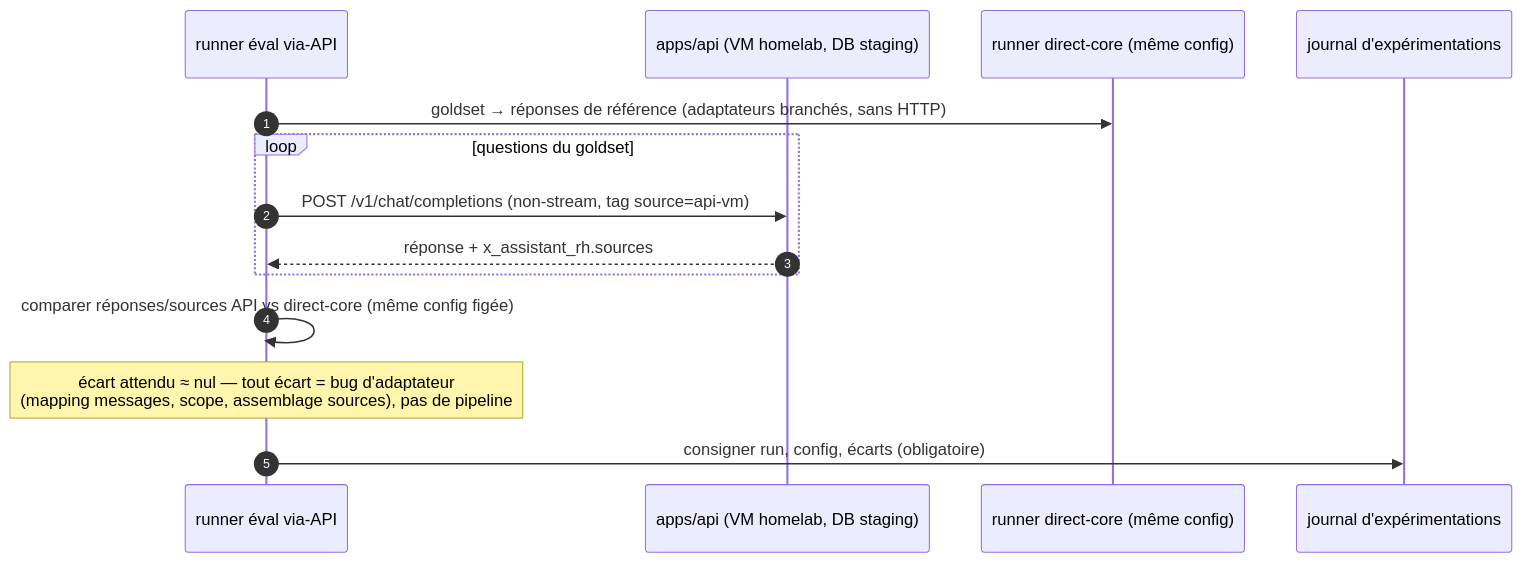
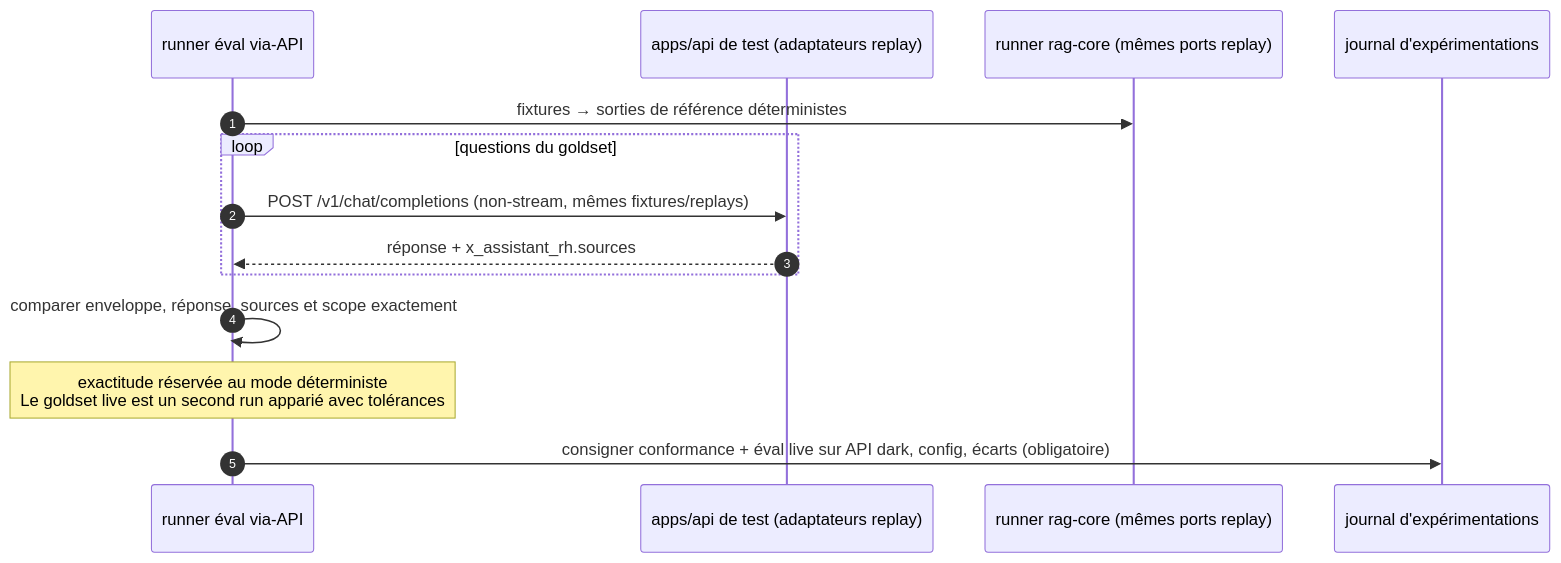
The fifth of 6 diagrams in docs/architecture/hexagonal-split/03-sequence-diagrams.md (DGAFP/assistant-rh), drawn with Mermaid before and after one commit. The commit also changed other lines of this file and 6 other files, not shown here.

````diff
--- a/docs/architecture/hexagonal-split/03-sequence-diagrams.md
+++ b/docs/architecture/hexagonal-split/03-sequence-diagrams.md
@@ -112,17 +118,17 @@
 ```mermaid
 sequenceDiagram
     autonumber
     participant R as runner éval via-API
-    participant API as apps/api (VM homelab, DB staging)
-    participant CORE as runner direct-core (même config)
+    participant API as apps/api de test (adaptateurs replay)
+    participant CORE as runner rag-core (mêmes ports replay)
     participant J as journal d'expérimentations
 
-    R->>CORE: goldset → réponses de référence (adaptateurs branchés, sans HTTP)
+    R->>CORE: fixtures → sorties de référence déterministes
     loop questions du goldset
-        R->>API: POST /v1/chat/completions (non-stream, tag source=api-vm)
+        R->>API: POST /v1/chat/completions (non-stream, mêmes fixtures/replays)
         API-->>R: réponse + x_assistant_rh.sources
     end
-    R->>R: comparer réponses/sources API vs direct-core (même config figée)
-    Note over R: écart attendu ≈ nul — tout écart = bug d'adaptateur<br/>(mapping messages, scope, assemblage sources), pas de pipeline
-    R->>J: consigner run, config, écarts (obligatoire)
+    R->>R: comparer enveloppe, réponse, sources et scope exactement
+    Note over R: exactitude réservée au mode déterministe<br/>Le goldset live est un second run apparié avec tolérances
+    R->>J: consigner conformance + éval live sur API dark, config, écarts (obligatoire)
 ```
````
